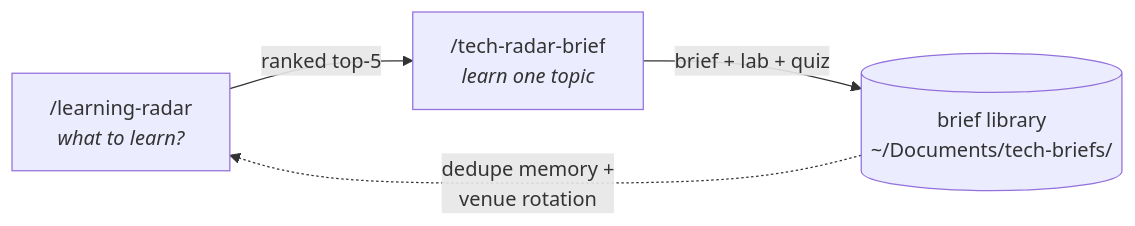
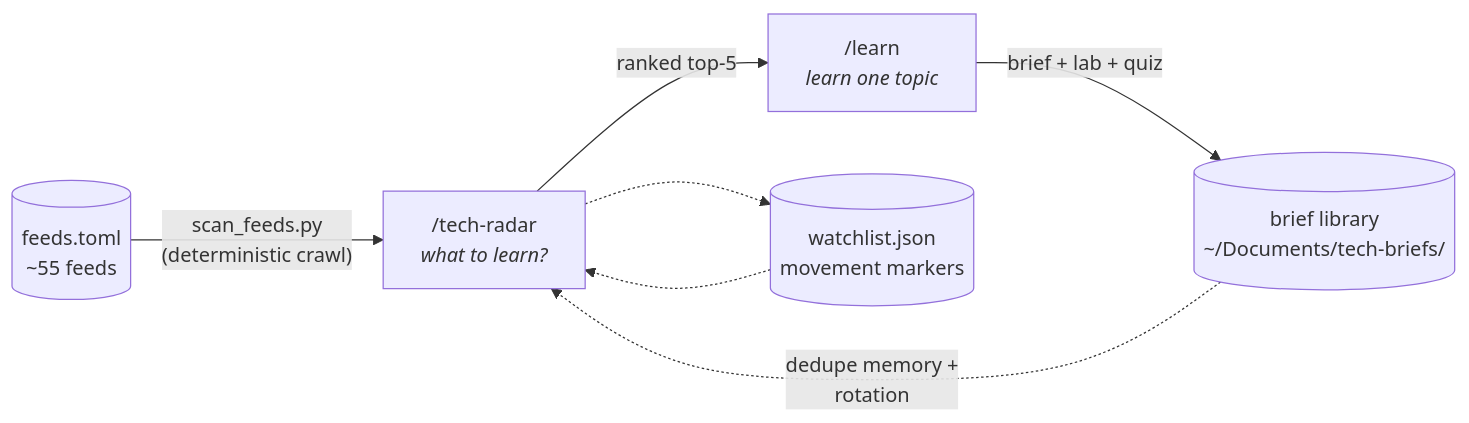
One commit to ayberkcansever/ai-skills changed the second of 2 diagrams in README.md. Above: the diagram before and after it, drawn with Mermaid. The commit also changed other lines of this file and 13 other files, not shown here.

Commit message:
feat(tech-radar): deterministic feed-registry scan with triage ledger and watchlist; rename skills to tech-radar + learn

````diff
--- a/README.md
+++ b/README.md
@@ -168,6 +168,9 @@
 ```mermaid
 flowchart LR
-    R["/learning-radar<br/><i>what to learn?</i>"] -->|"ranked top-5"| B["/tech-radar-brief<br/><i>learn one topic</i>"]
+    F[("feeds.toml<br/>~55 feeds")] -->|"scan_feeds.py<br/>(deterministic crawl)"| R["/tech-radar<br/><i>what to learn?</i>"]
+    R -->|"ranked top-5"| B["/learn<br/><i>learn one topic</i>"]
     B -->|"brief + lab + quiz"| L[("brief library<br/>~/Documents/tech-briefs/")]
-    L -.->|"dedupe memory +<br/>venue rotation"| R
+    L -.->|"dedupe memory +<br/>rotation"| R
+    W[("watchlist.json<br/>movement markers")] -.-> R
+    R -.-> W
 ```
````
